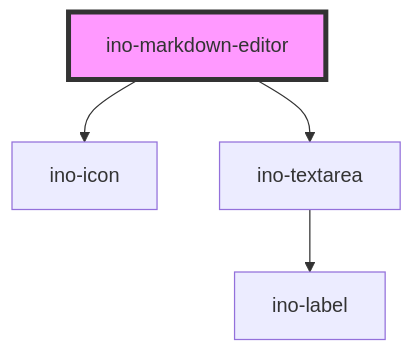
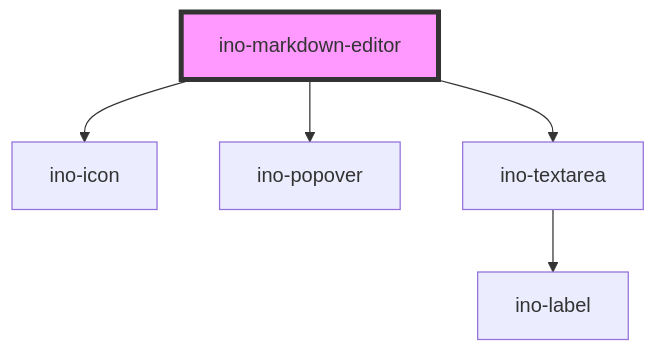
The diagram in packages/elements/src/components/ino-markdown-editor/readme.md (inovex/elements), drawn with Mermaid before and after one commit. The commit also changed other lines of this file and 4 other files, not shown here.

Commit message:
feat(elements|ino-markdown-editor): improve error feedback, change state update

````diff
--- a/packages/elements/src/components/ino-markdown-editor/readme.md
+++ b/packages/elements/src/components/ino-markdown-editor/readme.md
@@ -40,7 +41,8 @@
 ```mermaid
 graph TD;
   ino-markdown-editor --> ino-icon
+  ino-markdown-editor --> ino-popover
   ino-markdown-editor --> ino-textarea
   ino-textarea --> ino-label
   style ino-markdown-editor fill:#f9f,stroke:#333,stroke-width:4px
 ```
````
